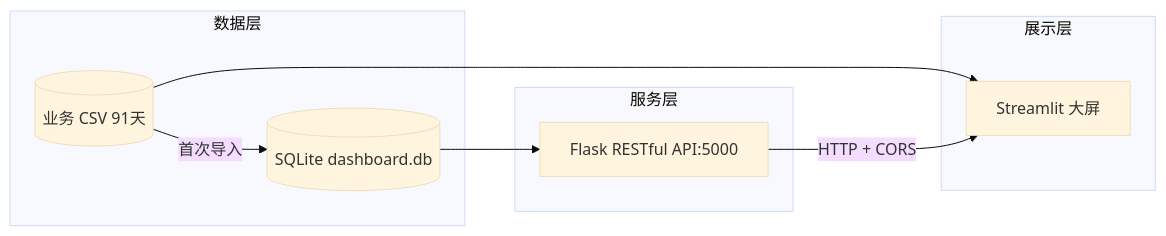
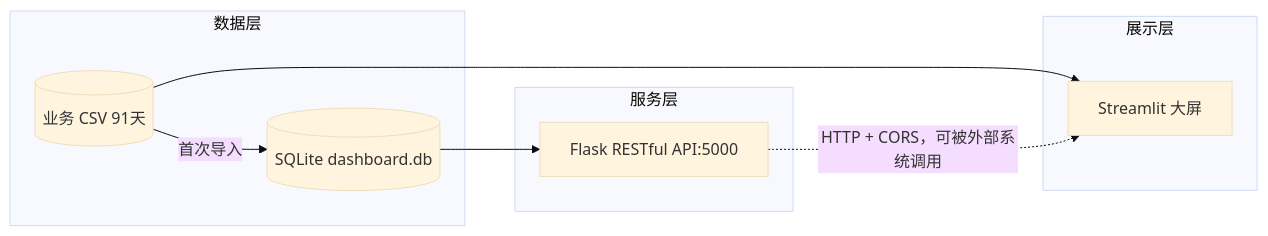
Before and after one commit to hjl-beautiful/real-time-dashboard: the diagram in README.md, drawn with Mermaid (base theme). The commit also changed other lines of this file, not shown here.

Commit message:
docs(readme): 澄清展示层与API的关系
- 架构图中 API 到 FE 的箭头改为虚线，表示可被调用而非实际已调用
- 说明展示层直接读取 CSV，API 独立运行供外部系统复用
- 避免面试时被质疑前后端未真正打通

````diff
--- a/README.md
+++ b/README.md
@@ -26,18 +26,18 @@
 ```mermaid
 flowchart LR
     subgraph Data[数据层]
         CSV[(业务 CSV 91天)]
         DB[(SQLite dashboard.db)]
     end
     subgraph Service[服务层]
         API[Flask RESTful API:5000]
     end
     subgraph View[展示层]
         FE[Streamlit 大屏]
     end
 
     CSV -->|首次导入| DB
     DB --> API
     CSV --> FE
-    API -->|HTTP + CORS| FE
+    API -.->|HTTP + CORS，可被外部系统调用| FE
 ```
````
